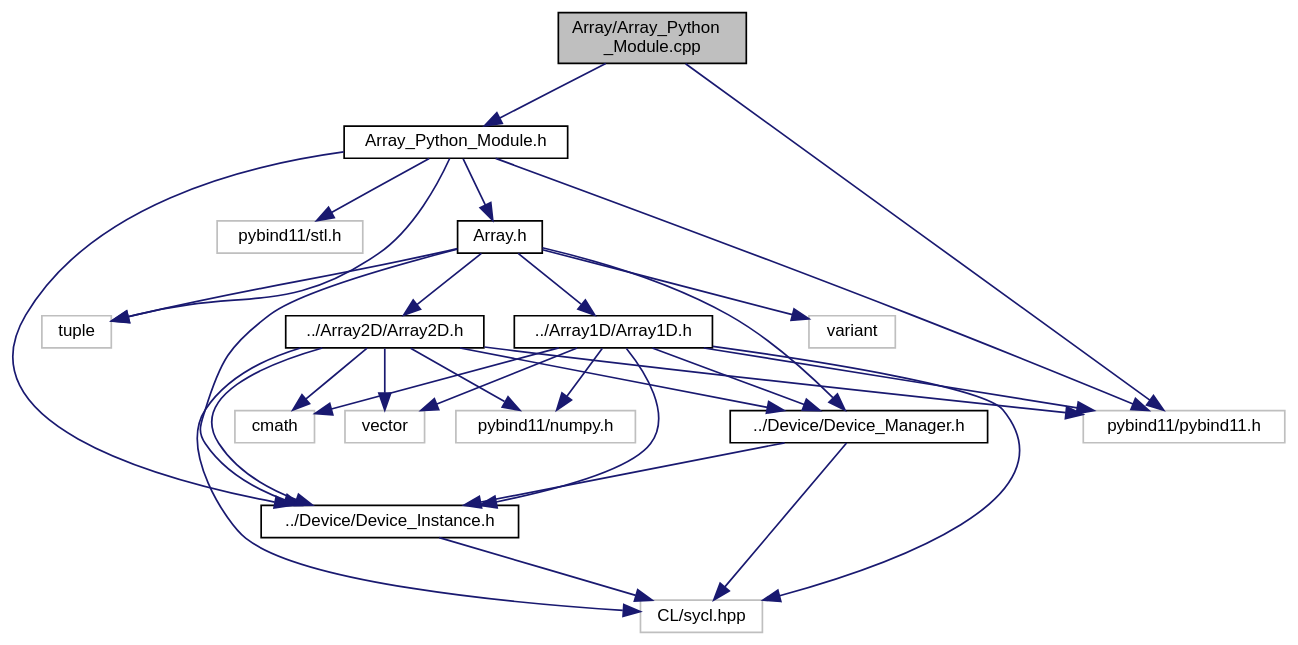
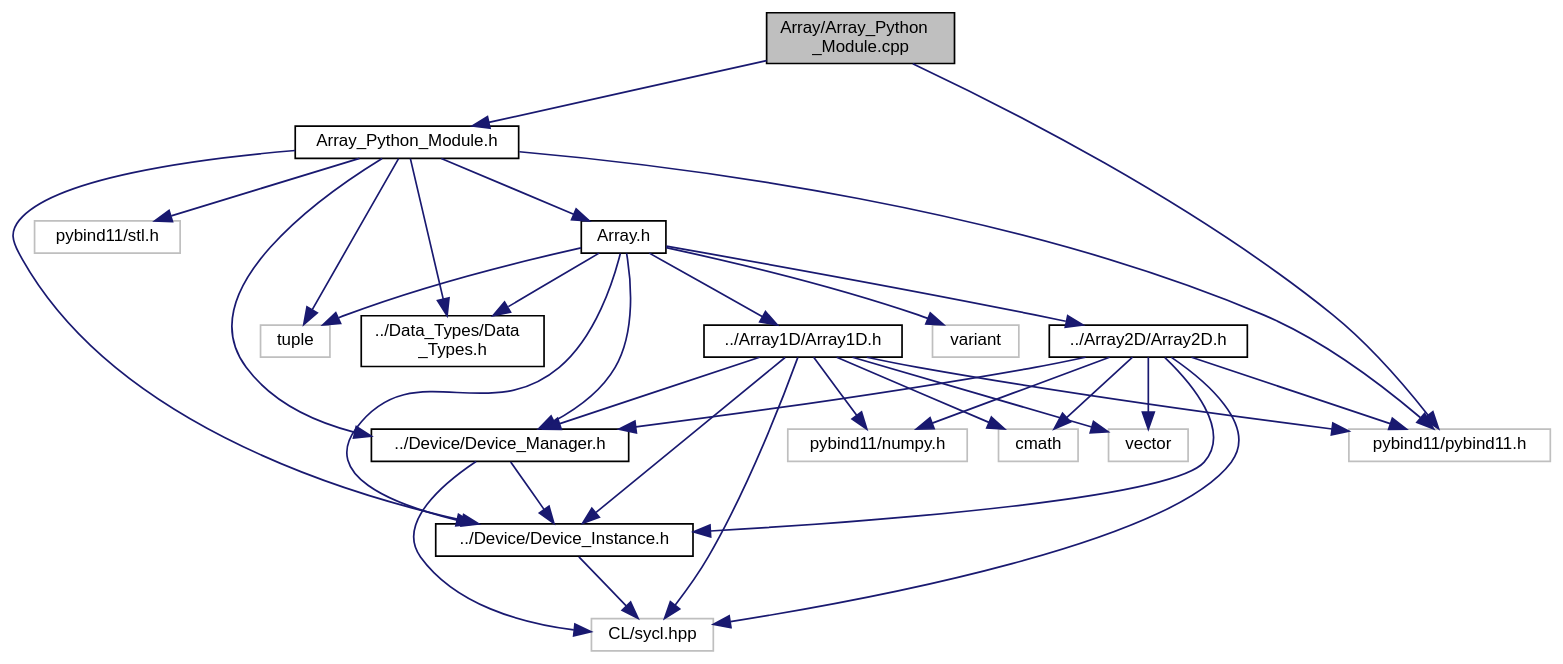
Before and after one commit to OsmanAEG/PySYCL: the diagram in docs/PySYCL_doxygen_html/_array___python___module_8cpp__incl.dot, drawn with Graphviz. The commit also changed 350 other files, not shown here.

```diff
--- a/docs/PySYCL_doxygen_html/_array___python___module_8cpp__incl.dot
+++ b/docs/PySYCL_doxygen_html/_array___python___module_8cpp__incl.dot
@@ -1,53 +1,57 @@
 digraph "Array/Array_Python_Module.cpp"
 {
  // INTERACTIVE_SVG=YES
  // LATEX_PDF_SIZE
   bgcolor="transparent";
   edge [fontname="Helvetica",fontsize="10",labelfontname="Helvetica",labelfontsize="10"];
   node [fontname="Helvetica",fontsize="10",shape=record];
   Node1 [label="Array/Array_Python\l_Module.cpp",height=0.2,width=0.4,color="black", fillcolor="grey75", style="filled", fontcolor="black",tooltip="Python module for array in PySYCL."];
   Node1 -> Node2 [color="midnightblue",fontsize="10",style="solid",fontname="Helvetica"];
   Node2 [label="pybind11/pybind11.h",height=0.2,width=0.4,color="grey75",tooltip=" "];
   Node1 -> Node3 [color="midnightblue",fontsize="10",style="solid",fontname="Helvetica"];
   Node3 [label="Array_Python_Module.h",height=0.2,width=0.4,color="black",URL="$_array___python___module_8h.html",tooltip="Python module for an array object in PySYCL."];
   Node3 -> Node2 [color="midnightblue",fontsize="10",style="solid",fontname="Helvetica"];
   Node3 -> Node4 [color="midnightblue",fontsize="10",style="solid",fontname="Helvetica"];
   Node4 [label="pybind11/stl.h",height=0.2,width=0.4,color="grey75",tooltip=" "];
   Node3 -> Node5 [color="midnightblue",fontsize="10",style="solid",fontname="Helvetica"];
   Node5 [label="tuple",height=0.2,width=0.4,color="grey75",tooltip=" "];
   Node3 -> Node6 [color="midnightblue",fontsize="10",style="solid",fontname="Helvetica"];
   Node6 [label="../Device/Device_Instance.h",height=0.2,width=0.4,color="black",URL="$_device___instance_8h.html",tooltip="Device instance for device selection in PySYCL."];
   Node6 -> Node7 [color="midnightblue",fontsize="10",style="solid",fontname="Helvetica"];
   Node7 [label="CL/sycl.hpp",height=0.2,width=0.4,color="grey75",tooltip=" "];
   Node3 -> Node8 [color="midnightblue",fontsize="10",style="solid",fontname="Helvetica"];
-  Node8 [label="Array.h",height=0.2,width=0.4,color="black",URL="$_array_8h.html",tooltip="Array in PySYCL."];
-  Node8 -> Node5 [color="midnightblue",fontsize="10",style="solid",fontname="Helvetica"];
-  Node8 -> Node9 [color="midnightblue",fontsize="10",style="solid",fontname="Helvetica"];
-  Node9 [label="variant",height=0.2,width=0.4,color="grey75",tooltip=" "];
-  Node8 -> Node10 [color="midnightblue",fontsize="10",style="solid",fontname="Helvetica"];
-  Node10 [label="../Array1D/Array1D.h",height=0.2,width=0.4,color="black",URL="$_array1_d_8h.html",tooltip="Array1D in PySYCL."];
-  Node10 -> Node7 [color="midnightblue",fontsize="10",style="solid",fontname="Helvetica"];
+  Node8 [label="../Device/Device_Manager.h",height=0.2,width=0.4,color="black",URL="$_device___manager_8h.html",tooltip="Device instance for device selection in PySYCL."];
+  Node8 -> Node7 [color="midnightblue",fontsize="10",style="solid",fontname="Helvetica"];
+  Node8 -> Node6 [color="midnightblue",fontsize="10",style="solid",fontname="Helvetica"];
+  Node3 -> Node9 [color="midnightblue",fontsize="10",style="solid",fontname="Helvetica"];
+  Node9 [label="../Data_Types/Data\l_Types.h",height=0.2,width=0.4,color="black",URL="$_data___types_8h.html",tooltip="Data types in PySYCL."];
+  Node3 -> Node10 [color="midnightblue",fontsize="10",style="solid",fontname="Helvetica"];
+  Node10 [label="Array.h",height=0.2,width=0.4,color="black",URL="$_array_8h.html",tooltip="Array in PySYCL."];
+  Node10 -> Node5 [color="midnightblue",fontsize="10",style="solid",fontname="Helvetica"];
   Node10 -> Node11 [color="midnightblue",fontsize="10",style="solid",fontname="Helvetica"];
-  Node11 [label="pybind11/numpy.h",height=0.2,width=0.4,color="grey75",tooltip=" "];
-  Node10 -> Node2 [color="midnightblue",fontsize="10",style="solid",fontname="Helvetica"];
+  Node11 [label="variant",height=0.2,width=0.4,color="grey75",tooltip=" "];
   Node10 -> Node12 [color="midnightblue",fontsize="10",style="solid",fontname="Helvetica"];
-  Node12 [label="cmath",height=0.2,width=0.4,color="grey75",tooltip=" "];
-  Node10 -> Node13 [color="midnightblue",fontsize="10",style="solid",fontname="Helvetica"];
-  Node13 [label="vector",height=0.2,width=0.4,color="grey75",tooltip=" "];
+  Node12 [label="../Array1D/Array1D.h",height=0.2,width=0.4,color="black",URL="$_array1_d_8h.html",tooltip="Array1D in PySYCL."];
+  Node12 -> Node7 [color="midnightblue",fontsize="10",style="solid",fontname="Helvetica"];
+  Node12 -> Node13 [color="midnightblue",fontsize="10",style="solid",fontname="Helvetica"];
+  Node13 [label="pybind11/numpy.h",height=0.2,width=0.4,color="grey75",tooltip=" "];
+  Node12 -> Node2 [color="midnightblue",fontsize="10",style="solid",fontname="Helvetica"];
+  Node12 -> Node14 [color="midnightblue",fontsize="10",style="solid",fontname="Helvetica"];
+  Node14 [label="cmath",height=0.2,width=0.4,color="grey75",tooltip=" "];
+  Node12 -> Node15 [color="midnightblue",fontsize="10",style="solid",fontname="Helvetica"];
+  Node15 [label="vector",height=0.2,width=0.4,color="grey75",tooltip=" "];
+  Node12 -> Node6 [color="midnightblue",fontsize="10",style="solid",fontname="Helvetica"];
+  Node12 -> Node8 [color="midnightblue",fontsize="10",style="solid",fontname="Helvetica"];
+  Node10 -> Node16 [color="midnightblue",fontsize="10",style="solid",fontname="Helvetica"];
+  Node16 [label="../Array2D/Array2D.h",height=0.2,width=0.4,color="black",URL="$_array2_d_8h.html",tooltip="Array2D in PySYCL."];
+  Node16 -> Node7 [color="midnightblue",fontsize="10",style="solid",fontname="Helvetica"];
+  Node16 -> Node13 [color="midnightblue",fontsize="10",style="solid",fontname="Helvetica"];
+  Node16 -> Node2 [color="midnightblue",fontsize="10",style="solid",fontname="Helvetica"];
+  Node16 -> Node14 [color="midnightblue",fontsize="10",style="solid",fontname="Helvetica"];
+  Node16 -> Node15 [color="midnightblue",fontsize="10",style="solid",fontname="Helvetica"];
+  Node16 -> Node6 [color="midnightblue",fontsize="10",style="solid",fontname="Helvetica"];
+  Node16 -> Node8 [color="midnightblue",fontsize="10",style="solid",fontname="Helvetica"];
+  Node10 -> Node9 [color="midnightblue",fontsize="10",style="solid",fontname="Helvetica"];
   Node10 -> Node6 [color="midnightblue",fontsize="10",style="solid",fontname="Helvetica"];
-  Node10 -> Node14 [color="midnightblue",fontsize="10",style="solid",fontname="Helvetica"];
-  Node14 [label="../Device/Device_Manager.h",height=0.2,width=0.4,color="black",URL="$_device___manager_8h.html",tooltip="Device instance for device selection in PySYCL."];
-  Node14 -> Node7 [color="midnightblue",fontsize="10",style="solid",fontname="Helvetica"];
-  Node14 -> Node6 [color="midnightblue",fontsize="10",style="solid",fontname="Helvetica"];
-  Node8 -> Node15 [color="midnightblue",fontsize="10",style="solid",fontname="Helvetica"];
-  Node15 [label="../Array2D/Array2D.h",height=0.2,width=0.4,color="black",URL="$_array2_d_8h.html",tooltip="Array2D in PySYCL."];
-  Node15 -> Node7 [color="midnightblue",fontsize="10",style="solid",fontname="Helvetica"];
-  Node15 -> Node11 [color="midnightblue",fontsize="10",style="solid",fontname="Helvetica"];
-  Node15 -> Node2 [color="midnightblue",fontsize="10",style="solid",fontname="Helvetica"];
-  Node15 -> Node12 [color="midnightblue",fontsize="10",style="solid",fontname="Helvetica"];
-  Node15 -> Node13 [color="midnightblue",fontsize="10",style="solid",fontname="Helvetica"];
-  Node15 -> Node6 [color="midnightblue",fontsize="10",style="solid",fontname="Helvetica"];
-  Node15 -> Node14 [color="midnightblue",fontsize="10",style="solid",fontname="Helvetica"];
-  Node8 -> Node6 [color="midnightblue",fontsize="10",style="solid",fontname="Helvetica"];
-  Node8 -> Node14 [color="midnightblue",fontsize="10",style="solid",fontname="Helvetica"];
+  Node10 -> Node8 [color="midnightblue",fontsize="10",style="solid",fontname="Helvetica"];
 }
```
